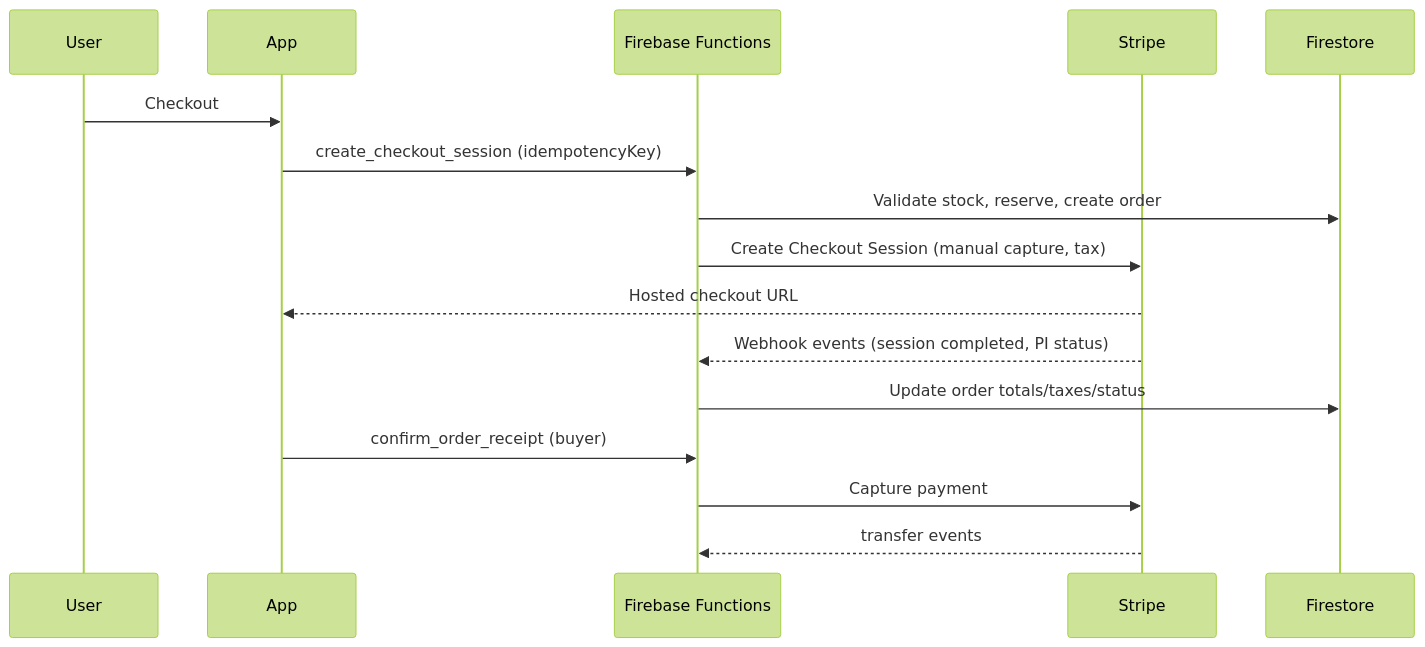
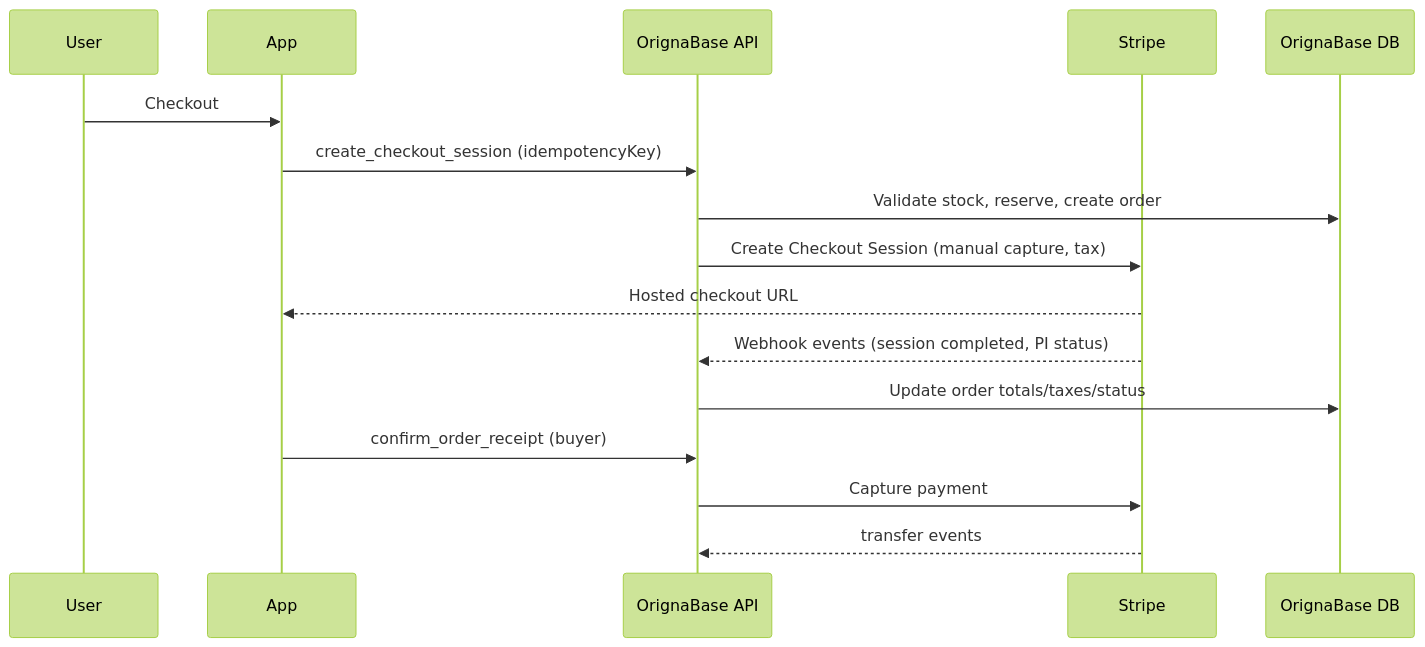
The first of 2 diagrams in origna_gta/README.md (yunior123/origna_gta), drawn with Mermaid (forest theme) before and after one commit. The commit also changed other lines of this file and 578 other files, not shown here.

````diff
--- a/origna_gta/README.md
+++ b/origna_gta/README.md
@@ -12,19 +12,19 @@
 ```mermaid
 sequenceDiagram
 	participant U as User
 	participant A as App
-	participant F as Firebase Functions
+	participant API as OrignaBase API
 	participant S as Stripe
-	participant DB as Firestore
+	participant DB as OrignaBase DB
 
 	U->>A: Checkout
-	A->>F: create_checkout_session (idempotencyKey)
-	F->>DB: Validate stock, reserve, create order
-	F->>S: Create Checkout Session (manual capture, tax)
+	A->>API: create_checkout_session (idempotencyKey)
+	API->>DB: Validate stock, reserve, create order
+	API->>S: Create Checkout Session (manual capture, tax)
 	S-->>A: Hosted checkout URL
-	S-->>F: Webhook events (session completed, PI status)
-	F->>DB: Update order totals/taxes/status
-	A->>F: confirm_order_receipt (buyer)
-	F->>S: Capture payment
-	S-->>F: transfer events
+	S-->>API: Webhook events (session completed, PI status)
+	API->>DB: Update order totals/taxes/status
+	A->>API: confirm_order_receipt (buyer)
+	API->>S: Capture payment
+	S-->>API: transfer events
 ```
````
